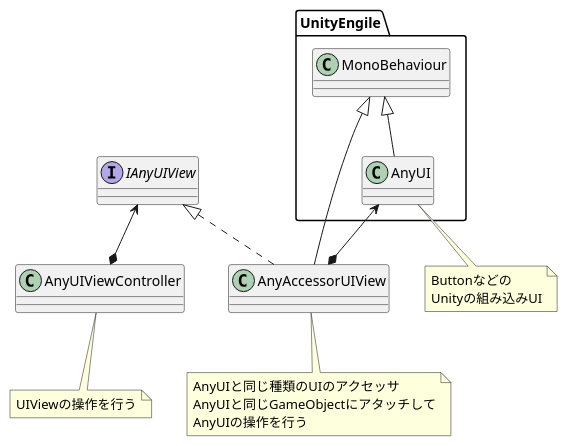
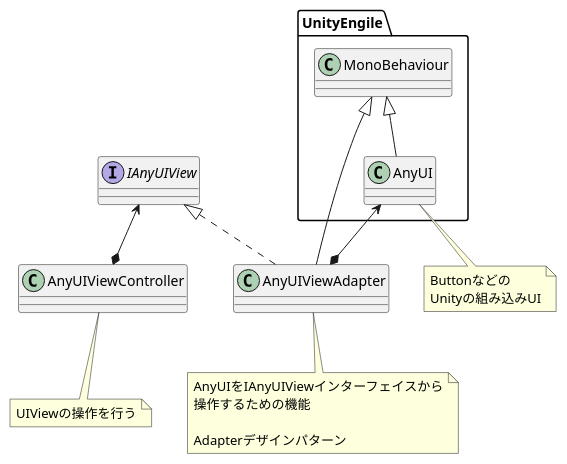
One commit to yobiya/unity-distributed-rendering changed the diagram in Specs/uml/ui_class.pu. Above: the diagram before and after it, drawn with PlantUML. The commit also changed 1 other file, not shown here.

```diff
--- a/Specs/uml/ui_class.pu
+++ b/Specs/uml/ui_class.pu
@@ -1,29 +1,30 @@
 @startuml ui_class
 
 class UnityEngile.MonoBehaviour
 class UnityEngile.AnyUI
 note bottom
   Buttonなどの
   Unityの組み込みUI
 endnote
 
 interface IAnyUIView
-class AnyAccessorUIView
+class AnyUIViewAdapter
 note bottom
-  AnyUIと同じ種類のUIのアクセッサ
-  AnyUIと同じGameObjectにアタッチして
-  AnyUIの操作を行う
+  AnyUIをIAnyUIViewインターフェイスから
+  操作するための機能
+
+  Adapterデザインパターン
 endnote
 
 class AnyUIViewController
 note bottom
   UIViewの操作を行う
 endnote
 
 UnityEngile.MonoBehaviour <|-- UnityEngile.AnyUI
-UnityEngile.MonoBehaviour <|-- AnyAccessorUIView
-IAnyUIView <|.. AnyAccessorUIView
-UnityEngile.AnyUI <--* AnyAccessorUIView
+UnityEngile.MonoBehaviour <|-- AnyUIViewAdapter
+IAnyUIView <|.. AnyUIViewAdapter
+UnityEngile.AnyUI <--* AnyUIViewAdapter
 IAnyUIView <--* AnyUIViewController
 
 @enduml
```
